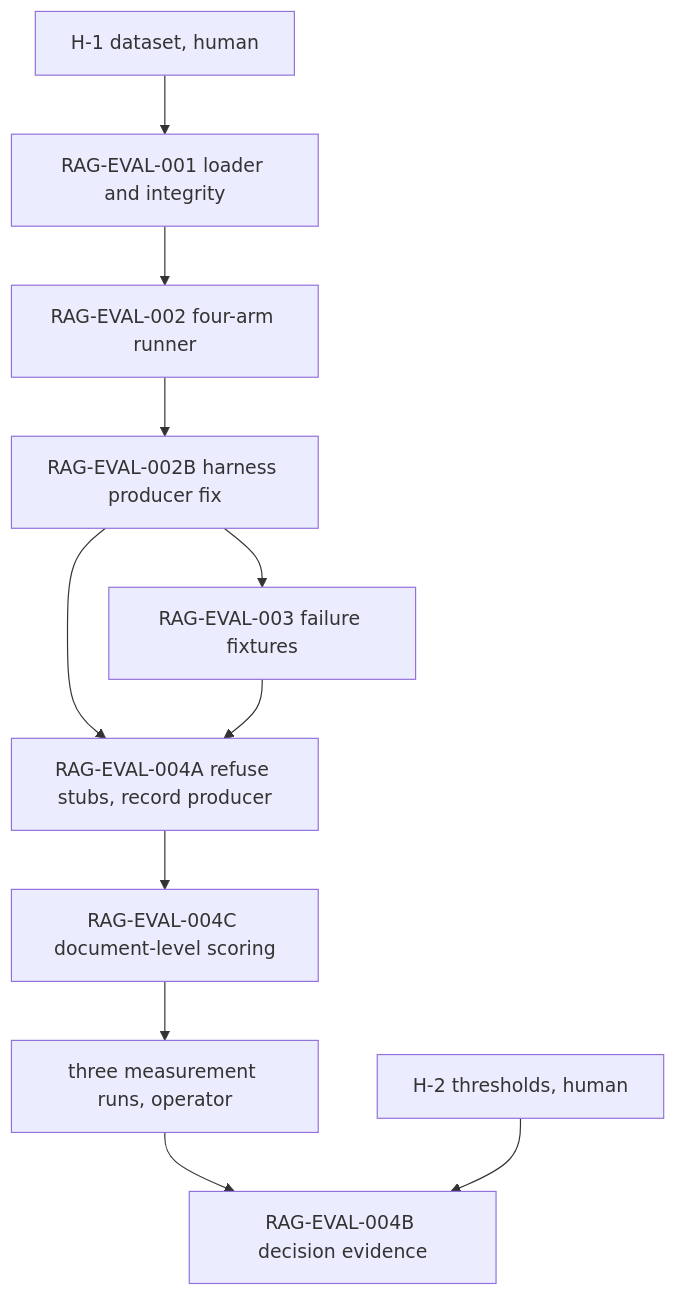
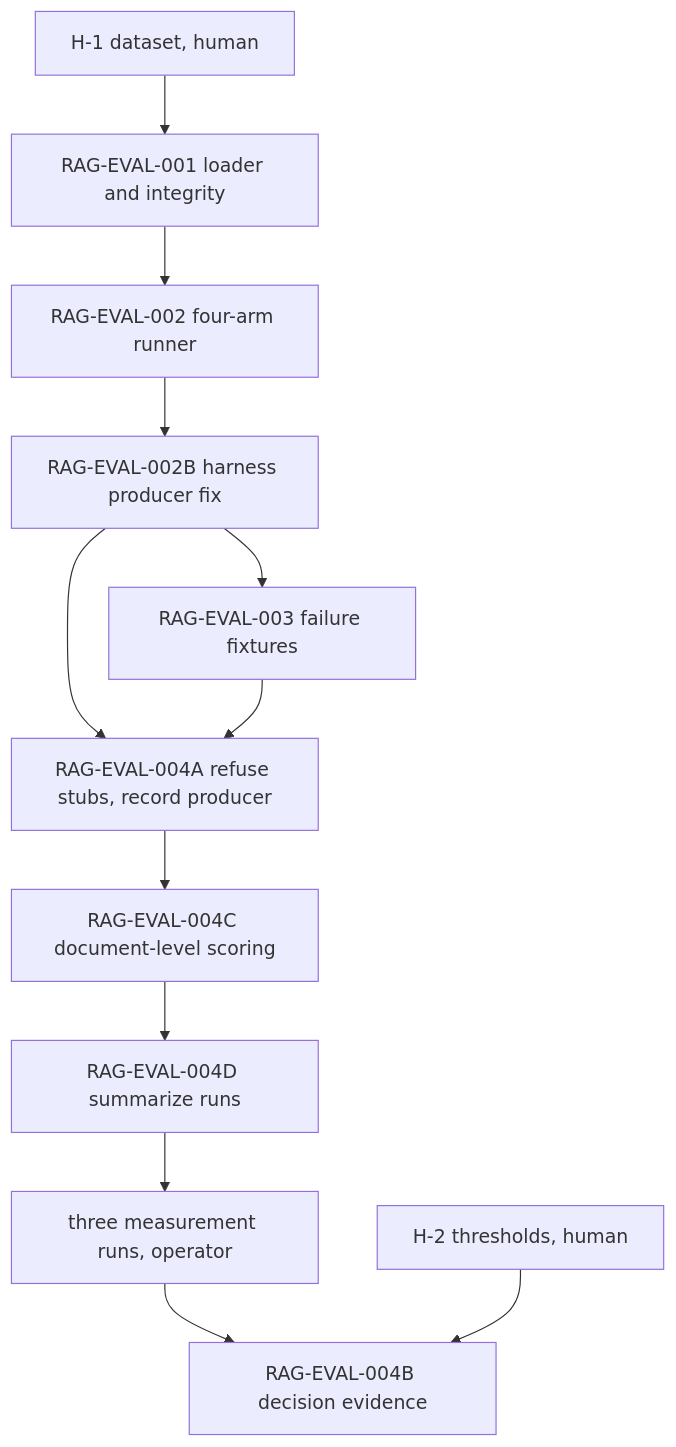
One commit to imhttran/agentic-sop changed the diagram in docs/plans/PLAN-SOP-RAG-Evaluation.md. Above: the diagram before and after it, drawn with Mermaid. The commit also changed other lines of this file, not shown here.

Commit message:
docs: add RAG-EVAL-004D summarize and revise 004B for post-hoc scoring

````diff
--- a/docs/plans/PLAN-SOP-RAG-Evaluation.md
+++ b/docs/plans/PLAN-SOP-RAG-Evaluation.md
@@ -441,22 +510,23 @@
 ```mermaid
 graph TD
     H1[H-1 dataset, human]
     H2[H-2 thresholds, human]
     E1[RAG-EVAL-001 loader and integrity]
     E2[RAG-EVAL-002 four-arm runner]
     E2B[RAG-EVAL-002B harness producer fix]
     E3[RAG-EVAL-003 failure fixtures]
     E4A[RAG-EVAL-004A refuse stubs, record producer]
     R[three measurement runs, operator]
     E4B[RAG-EVAL-004B decision evidence]
     H1 --> E1
     E1 --> E2
     E2 --> E2B
     E2B --> E3
     E2B --> E4A
     E3 --> E4A
     E4A --> E4C[RAG-EVAL-004C document-level scoring]
-    E4C --> R
+    E4C --> E4D[RAG-EVAL-004D summarize runs]
+    E4D --> R
     R --> E4B
     H2 --> E4B
 ```
````
